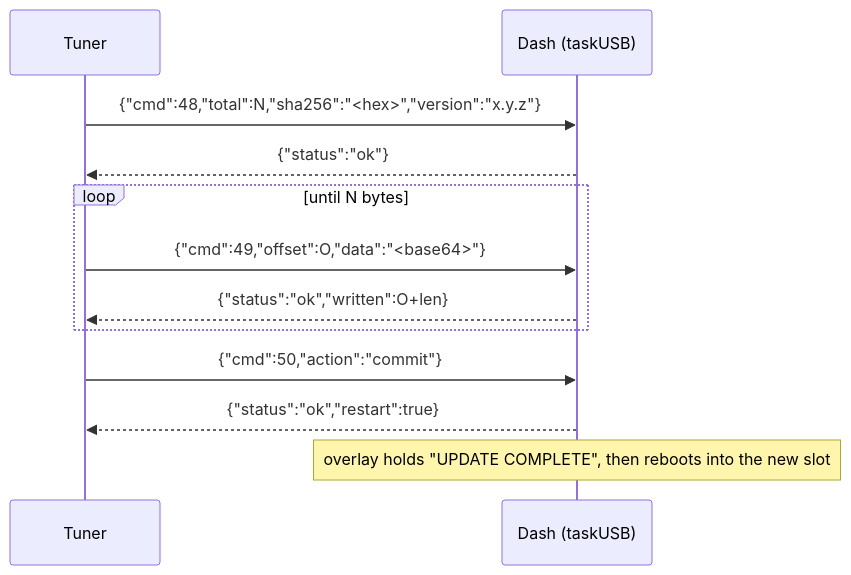
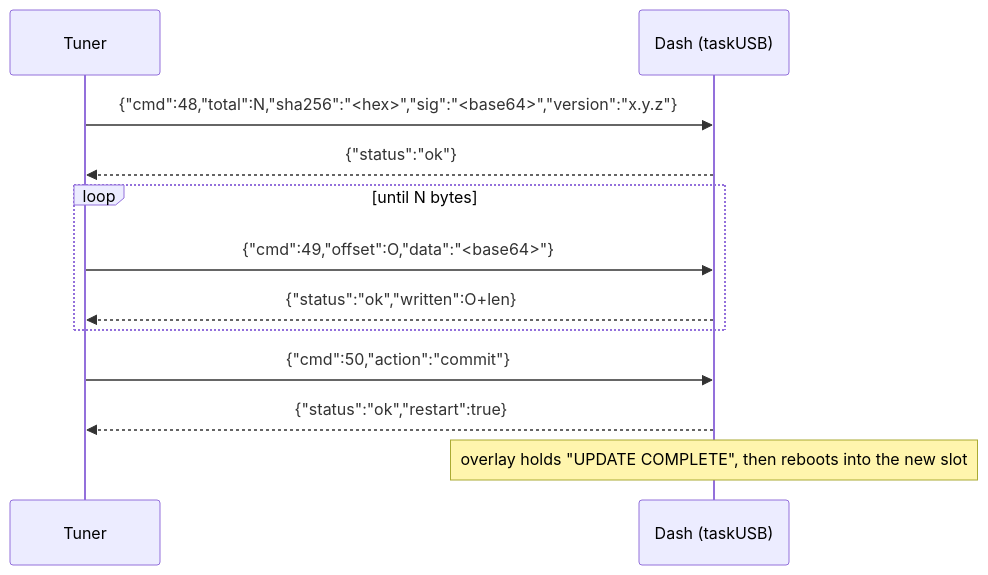
One commit to CANShift/canshift-firmware changed the diagram in docs/architecture/firmware-ota.md. Above: the diagram before and after it, drawn with Mermaid. The commit also changed other lines of this file and 3 other files, not shown here.

````diff
--- a/docs/architecture/firmware-ota.md
+++ b/docs/architecture/firmware-ota.md
@@ -15,14 +15,14 @@
 ```mermaid
 sequenceDiagram
     participant T as Tuner
     participant D as Dash (taskUSB)
-    T->>D: {"cmd":48,"total":N,"sha256":"<hex>","version":"x.y.z"}
+    T->>D: {"cmd":48,"total":N,"sha256":"<hex>","sig":"<base64>","version":"x.y.z"}
     D-->>T: {"status":"ok"}
     loop until N bytes
         T->>D: {"cmd":49,"offset":O,"data":"<base64>"}
         D-->>T: {"status":"ok","written":O+len}
     end
     T->>D: {"cmd":50,"action":"commit"}
     D-->>T: {"status":"ok","restart":true}
     Note over D: overlay holds "UPDATE COMPLETE", then reboots into the new slot
 ```
````
